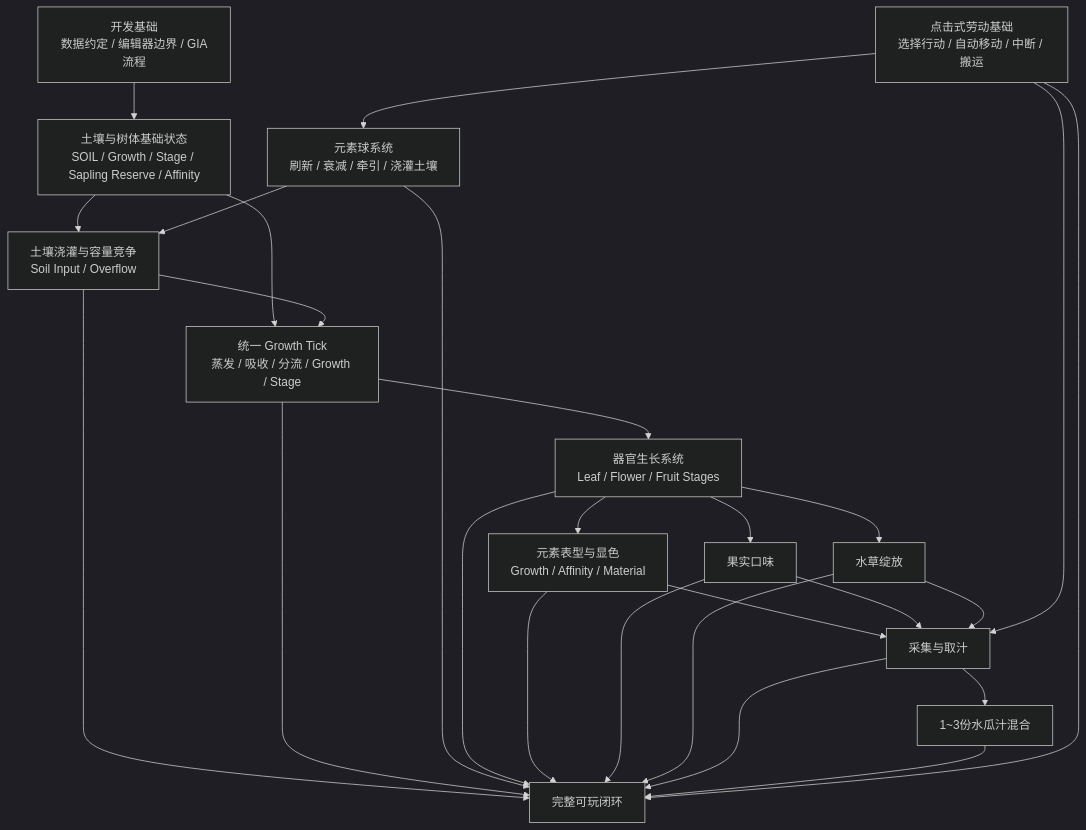
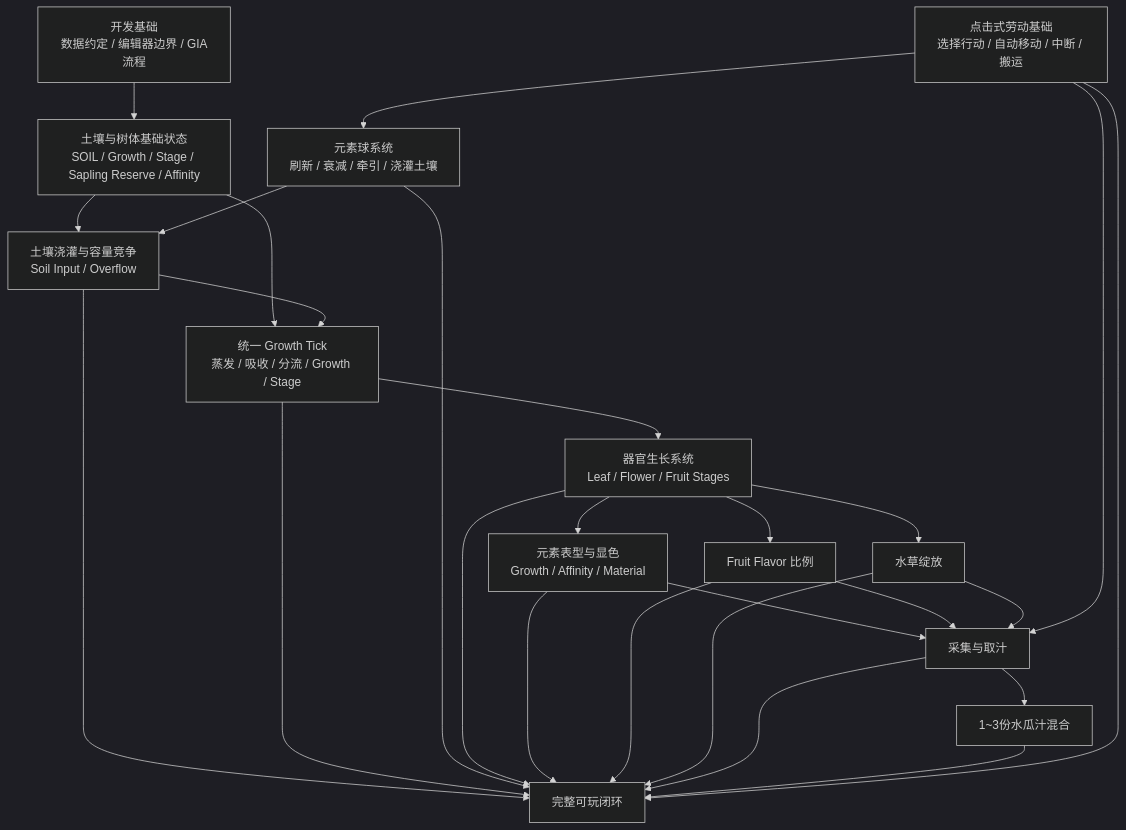
The first of 4 diagrams in mvp/watermelon-kitchen/implementation-roadmap.md (Ri0n72Y/idea-slime-bar), drawn with Mermaid (dark theme) before and after one commit. The commit also changed other lines of this file and 5 other files, not shown here.

````diff
--- a/mvp/watermelon-kitchen/implementation-roadmap.md
+++ b/mvp/watermelon-kitchen/implementation-roadmap.md
@@ -16,51 +16,51 @@
 ```mermaid
 flowchart TD
     A[开发基础<br/>数据约定 / 编辑器边界 / GIA流程]
 
     B[土壤与树体基础状态<br/>SOIL / Growth / Stage / Sapling Reserve / Affinity]
     C[土壤浇灌与容量竞争<br/>Soil Input / Overflow]
     D[统一 Growth Tick<br/>蒸发 / 吸收 / 分流 / Growth / Stage]
 
     E[元素球系统<br/>刷新 / 衰减 / 牵引 / 浇灌土壤]
     F[器官生长系统<br/>Leaf / Flower / Fruit Stages]
     G[元素表型与显色<br/>Growth / Affinity / Material]
 
-    H[果实口味]
+    H[Fruit Flavor 比例]
     I[水草绽放]
     J[采集与取汁]
     K[1~3份水瓜汁混合]
 
     L[点击式劳动基础<br/>选择行动 / 自动移动 / 中断 / 搬运]
     M[完整可玩闭环]
 
     A --> B
     B --> C
     B --> D
     C --> D
     E --> C
 
     D --> F
     F --> G
     F --> H
     F --> I
 
     G --> J
     H --> J
     I --> J
 
     J --> K
 
     L --> E
     L --> J
 
     C --> M
     D --> M
     E --> M
     F --> M
     G --> M
     H --> M
     I --> M
     J --> M
     K --> M
     L --> M
 ```
````
